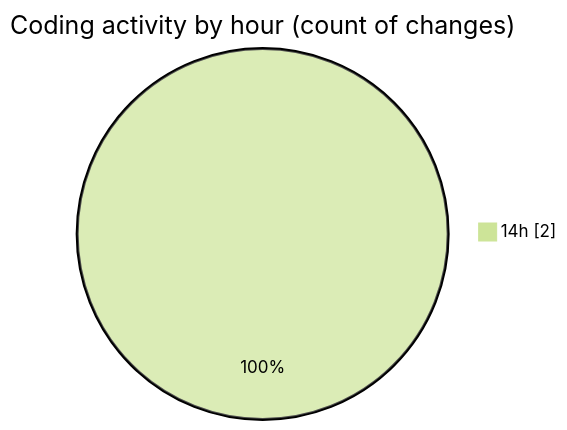
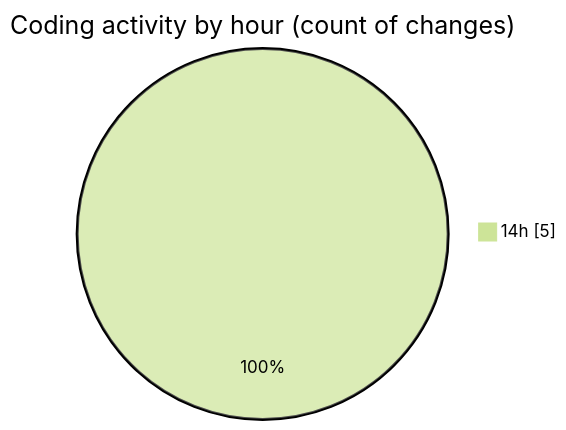
Before and after one commit to tmsrecording-cyber/code-tracking: the second of 2 diagrams in 2026-04-23/darkwire/README.md, drawn with Mermaid (forest theme). The commit also changed other lines of this file and 1 other file, not shown here.

````diff
--- a/2026-04-23/darkwire/README.md
+++ b/2026-04-23/darkwire/README.md
@@ -29,5 +32,5 @@
 ```mermaid
 pie showData
 title Coding activity by hour (count of changes)
-"14h" : 2
+"14h" : 5
 ```
````
